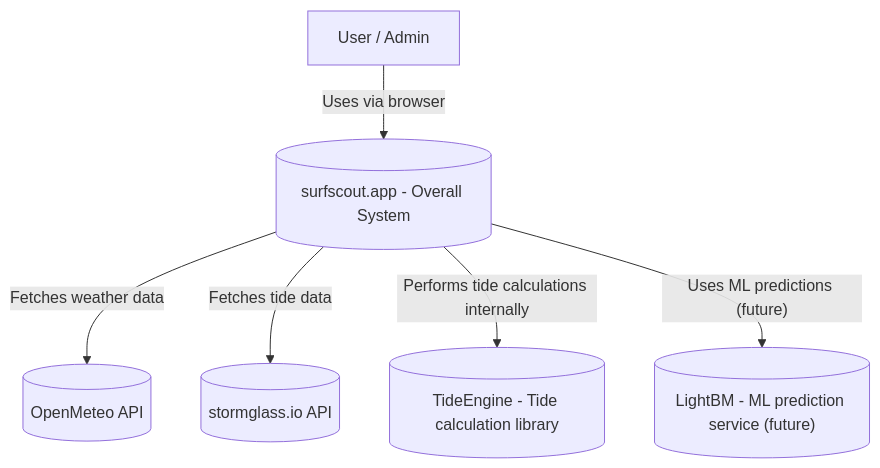
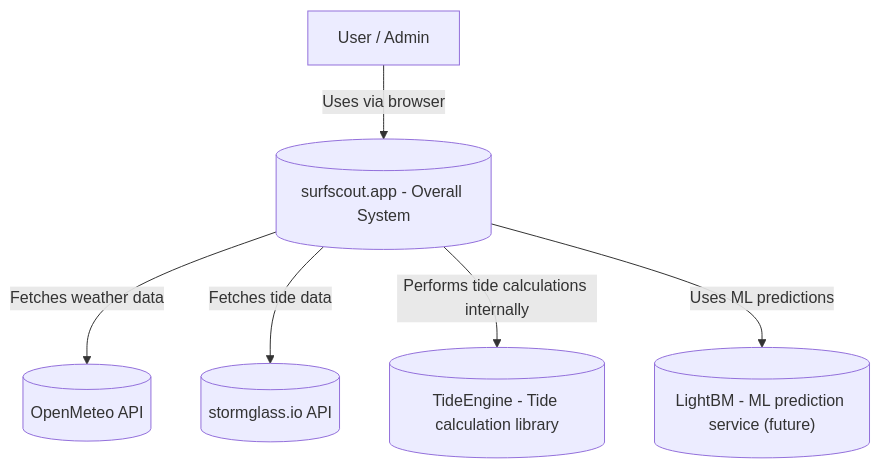
The first of 3 diagrams in README.md (tmbnrt/SurfScout_App), drawn with Mermaid before and after one commit. The commit also changed other lines of this file, not shown here.

````diff
--- a/README.md
+++ b/README.md
@@ -74,15 +74,15 @@
 ```mermaid
 flowchart TB
     User["User / Admin"]
     SurfScout[("surfscout.app - Overall System")]
     OpenMeteo[("OpenMeteo API")]
     Stormglass[("stormglass.io API")]
     TideEngine[("TideEngine - Tide calculation library")]
     LightBM[("LightBM - ML prediction service (future)")]
 
     User -->|"Uses via browser"| SurfScout
     SurfScout -->|"Fetches weather data"| OpenMeteo
     SurfScout -->|"Fetches tide data"| Stormglass
     SurfScout -->|"Performs tide calculations internally"| TideEngine
-    SurfScout -->|"Uses ML predictions (future)"| LightBM
+    SurfScout -->|"Uses ML predictions"| LightBM
 ```
````
